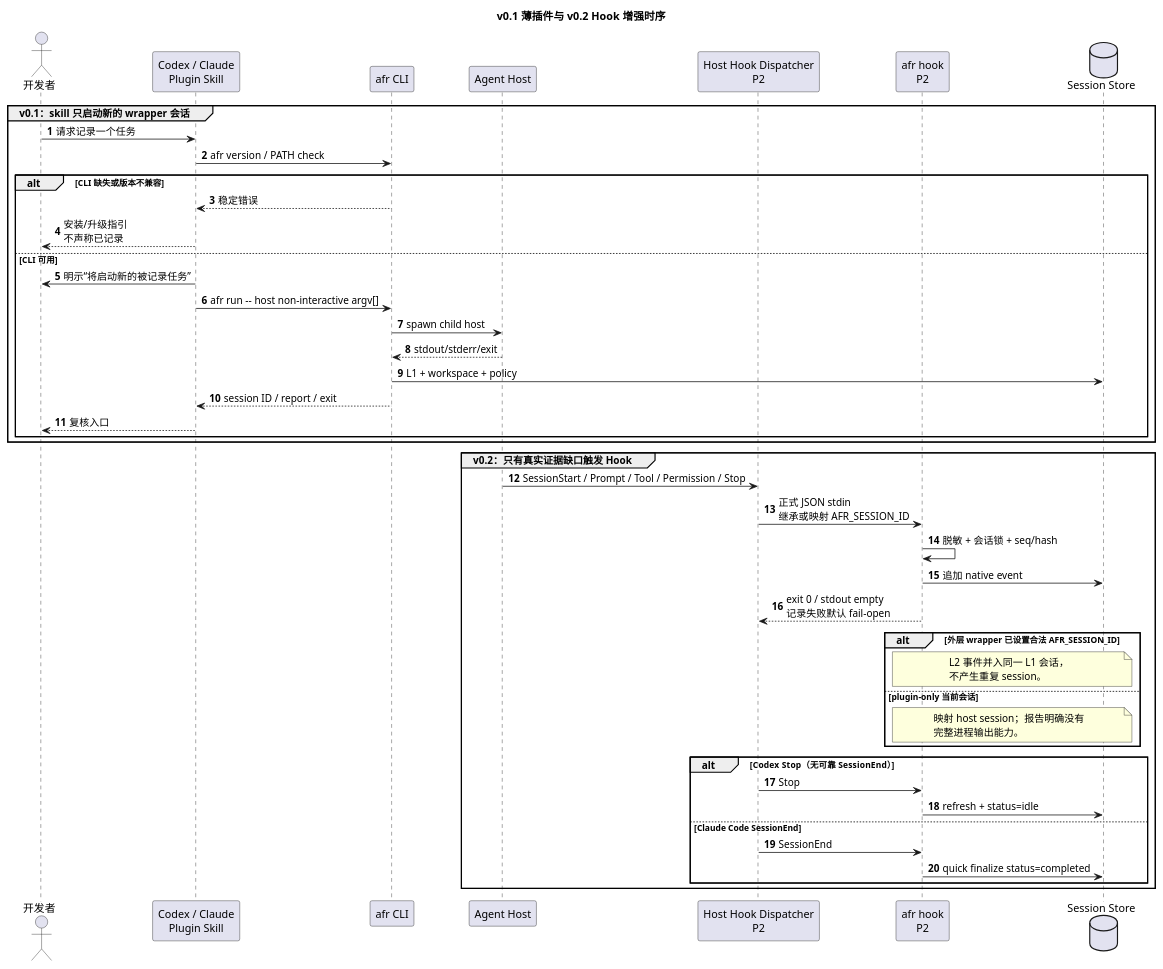
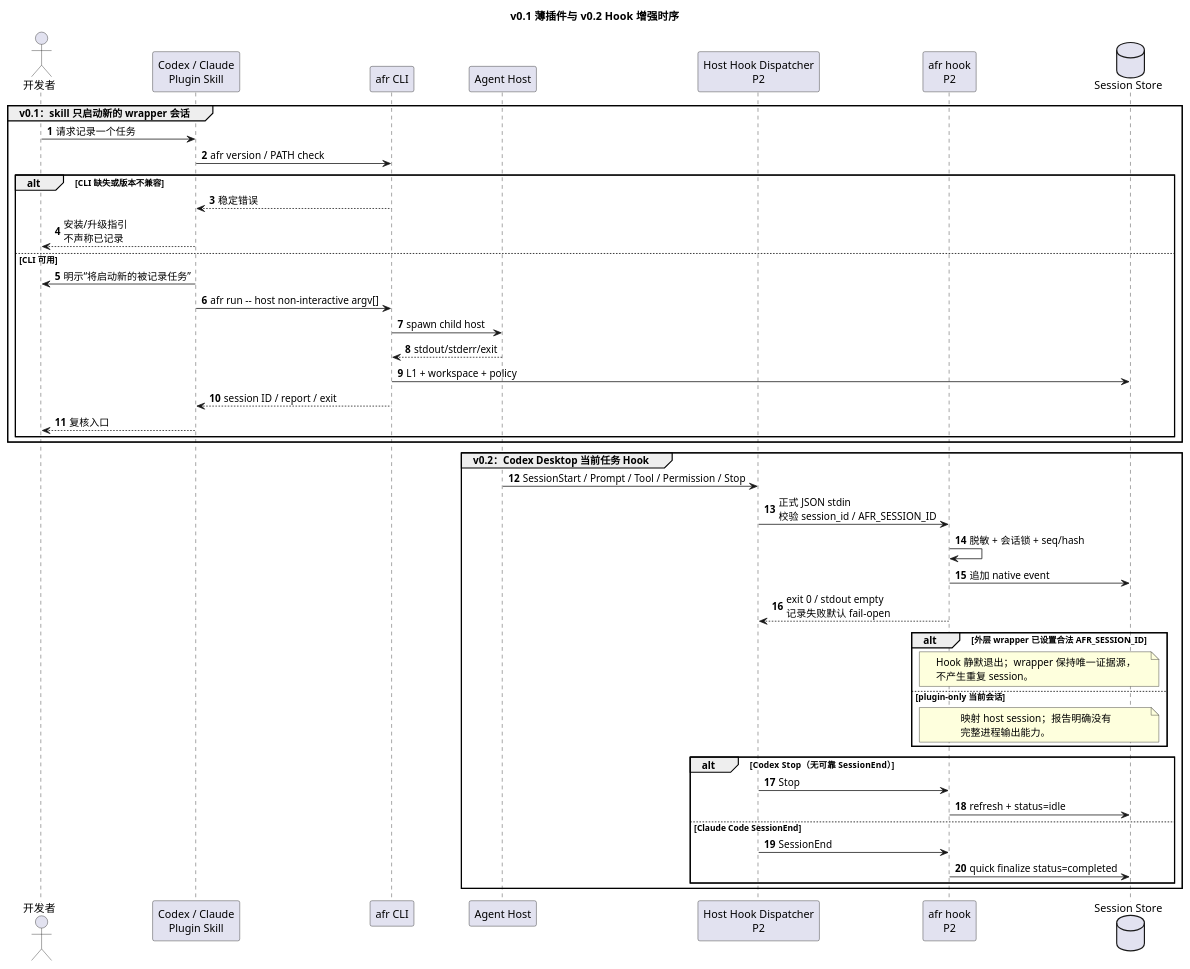
Before and after one commit to liao96312/agent-flight-recorder: the seventh of 10 diagrams in docs/architecture.puml, drawn with PlantUML. The commit also changed 18 other files, not shown here.

Commit message:
feat: record Codex Desktop hooks

```diff
--- a/docs/architecture.puml
+++ b/docs/architecture.puml
@@ -446,61 +446,61 @@
 @startuml AFR_07_Plugin_Sequence
 title v0.1 薄插件与 v0.2 Hook 增强时序
 
 skinparam backgroundColor #FFFFFF
 skinparam shadowing false
 skinparam defaultFontName Microsoft YaHei
 autonumber
 
 actor "开发者" as User
 participant "Codex / Claude\nPlugin Skill" as Skill
 participant "afr CLI" as AFR
 participant "Agent Host" as Host
 participant "Host Hook Dispatcher\nP2" as Hooks
 participant "afr hook\nP2" as HookCLI
 database "Session Store" as Store
 
 group v0.1：skill 只启动新的 wrapper 会话
   User -> Skill : 请求记录一个任务
   Skill -> AFR : afr version / PATH check
   alt CLI 缺失或版本不兼容
     AFR --> Skill : 稳定错误
     Skill --> User : 安装/升级指引\n不声称已记录
   else CLI 可用
     Skill -> User : 明示“将启动新的被记录任务”
     Skill -> AFR : afr run -- host non-interactive argv[]
     AFR -> Host : spawn child host
     Host --> AFR : stdout/stderr/exit
     AFR -> Store : L1 + workspace + policy
     AFR --> Skill : session ID / report / exit
     Skill --> User : 复核入口
   end
 end
 
-group v0.2：只有真实证据缺口触发 Hook
+group v0.2：Codex Desktop 当前任务 Hook
   Host -> Hooks : SessionStart / Prompt / Tool / Permission / Stop
-  Hooks -> HookCLI : 正式 JSON stdin\n继承或映射 AFR_SESSION_ID
+  Hooks -> HookCLI : 正式 JSON stdin\n校验 session_id / AFR_SESSION_ID
   HookCLI -> HookCLI : 脱敏 + 会话锁 + seq/hash
   HookCLI -> Store : 追加 native event
   HookCLI --> Hooks : exit 0 / stdout empty\n记录失败默认 fail-open
 
   alt 外层 wrapper 已设置合法 AFR_SESSION_ID
     note over HookCLI,Store
-      L2 事件并入同一 L1 会话，
+      Hook 静默退出；wrapper 保持唯一证据源，
       不产生重复 session。
     end note
   else plugin-only 当前会话
     note over HookCLI,Store
       映射 host session；报告明确没有
       完整进程输出能力。
     end note
   end
 
   alt Codex Stop（无可靠 SessionEnd）
     Hooks -> HookCLI : Stop
     HookCLI -> Store : refresh + status=idle
   else Claude Code SessionEnd
     Hooks -> HookCLI : SessionEnd
     HookCLI -> Store : quick finalize status=completed
   end
 end
 @enduml
```
